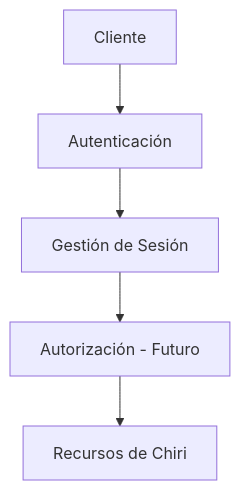
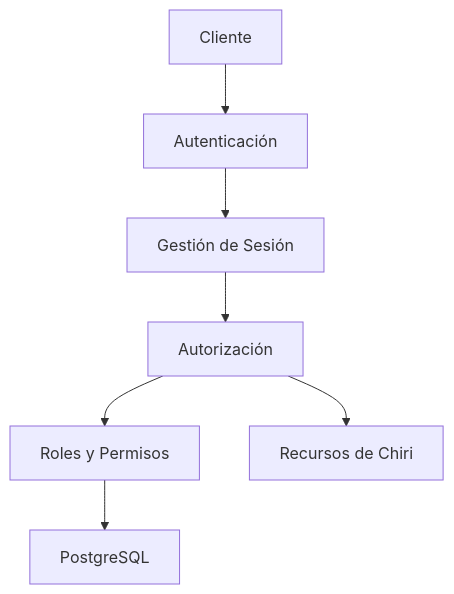
Before and after one commit to chirijose79-ui/Chiri: the fifth of 6 diagrams in docs/100_DecisionesArquitectura.md, drawn with Mermaid. The commit also changed other lines of this file, not shown here.

Commit message:
docs(architecture): clean up ADR-011 authorization decision

````diff
--- a/docs/100_DecisionesArquitectura.md
+++ b/docs/100_DecisionesArquitectura.md
@@ -222,19 +228,25 @@
 ```mermaid
 flowchart TD
 
     Cliente["Cliente"]
 
     Autenticacion["Autenticación"]
 
     Sesion["Gestión de Sesión"]
 
-    Autorizacion["Autorización - Futuro"]
+    Autorizacion["Autorización"]
+
+    Roles["Roles y Permisos"]
+
+    PostgreSQL["PostgreSQL"]
 
     Sistema["Recursos de Chiri"]
 
 
     Cliente --> Autenticacion
     Autenticacion --> Sesion
     Sesion --> Autorizacion
+    Autorizacion --> Roles
+    Roles --> PostgreSQL
     Autorizacion --> Sistema
 ```
````
